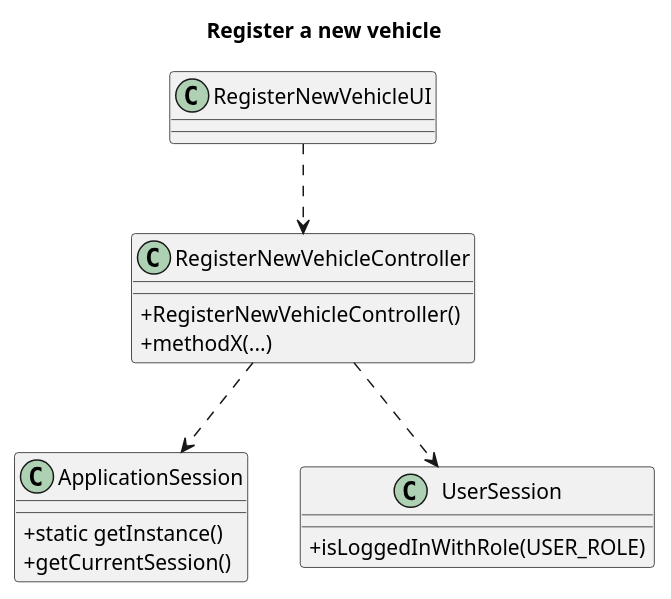
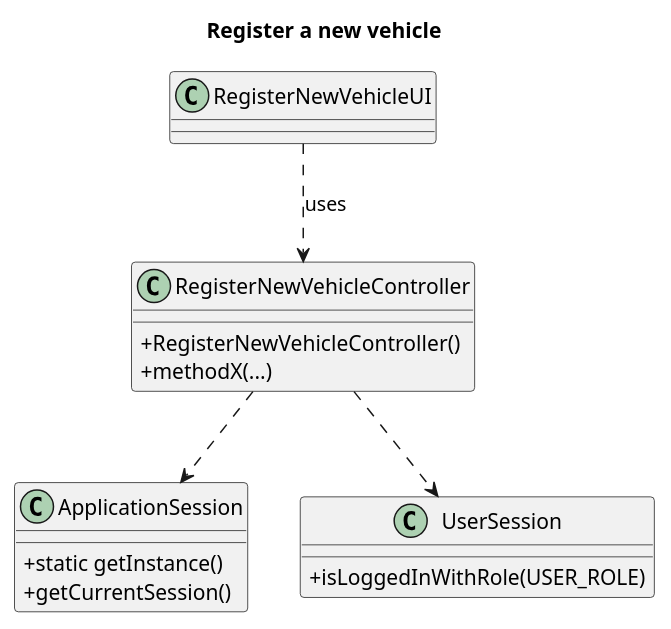
The diagram in docs/sprintB/us006/03.design/puml/us006-class-diagram.puml (Departamento-de-Engenharia-Informatica/lei-24-s2-1dm-g132), drawn with PlantUML before and after one commit. The commit also changed 1 other file, not shown here.

Commit message:
Changes in the us002 and us006 class diagram

```diff
--- a/docs/sprintB/us006/03.design/puml/us006-class-diagram.puml
+++ b/docs/sprintB/us006/03.design/puml/us006-class-diagram.puml
@@ -1,28 +1,29 @@
 @startuml
 title Register a new vehicle
+
 skinparam classAttributeIconSize 0
 
 class ApplicationSession
 {
   +static getInstance()
   +getCurrentSession()
 }
 
 class UserSession
 {
   +isLoggedInWithRole(USER_ROLE)
 }
 
 class "RegisterNewVehicleController" {
     + RegisterNewVehicleController()
     + methodX(...)
 }
 
 class "RegisterNewVehicleUI" {
 }
 
-"RegisterNewVehicleUI" ..> "RegisterNewVehicleController"
+"RegisterNewVehicleUI" ..> "RegisterNewVehicleController" : «uses»
 "RegisterNewVehicleController" ..> ApplicationSession
 "RegisterNewVehicleController" ..> UserSession
 
 @enduml
```
